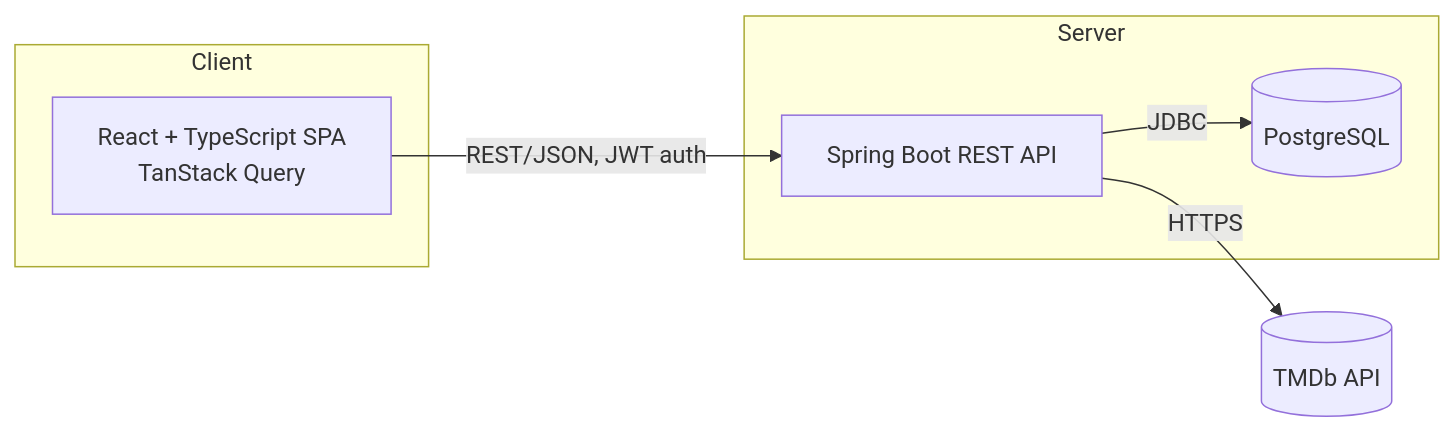
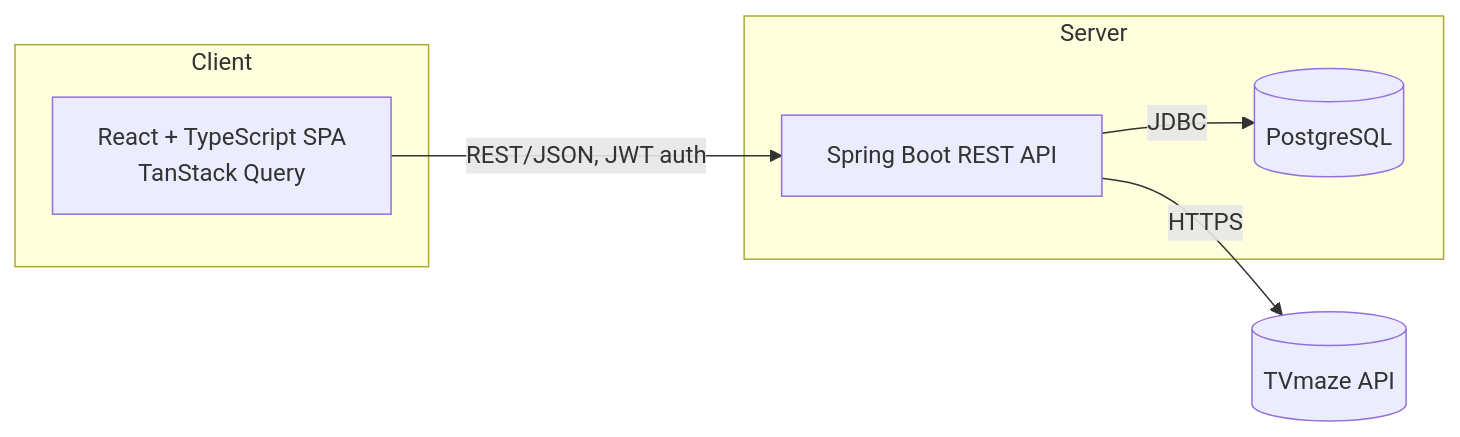
Before and after one commit to CaptainCluster/shogunate: the first of 4 diagrams in docs/ARCHITECTURE.md, drawn with Mermaid. The commit also changed other lines of this file and 13 other files, not shown here.

First line of the commit message:
docs(show): replace TMDB with TVmaze across specs and documentation

````diff
--- a/docs/ARCHITECTURE.md
+++ b/docs/ARCHITECTURE.md
@@ -11,17 +11,17 @@
 ```mermaid
 flowchart LR
     subgraph Client
         FE[React + TypeScript SPA<br/>TanStack Query]
     end
 
     subgraph Server
         API[Spring Boot REST API]
         DB[(PostgreSQL)]
     end
 
-    TMDB[(TMDb API)]
+    TVMAZE[(TVmaze API)]
 
     FE -- REST/JSON, JWT auth --> API
     API -- JDBC --> DB
-    API -- HTTPS --> TMDB
+    API -- HTTPS --> TVMAZE
 ```
````
